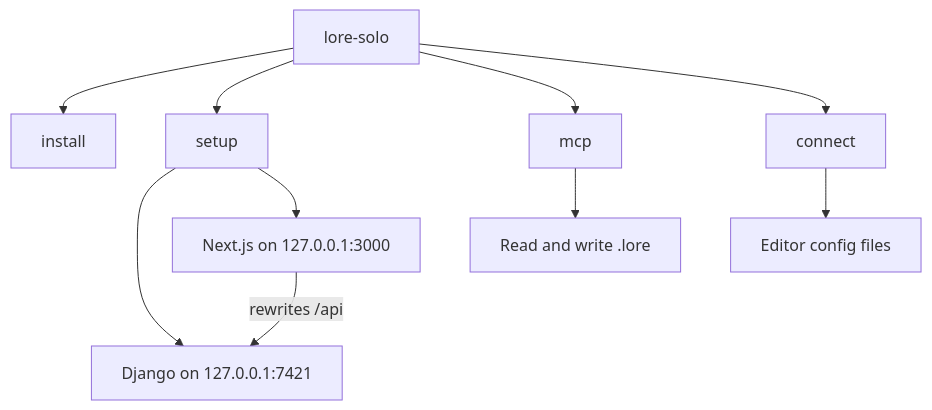
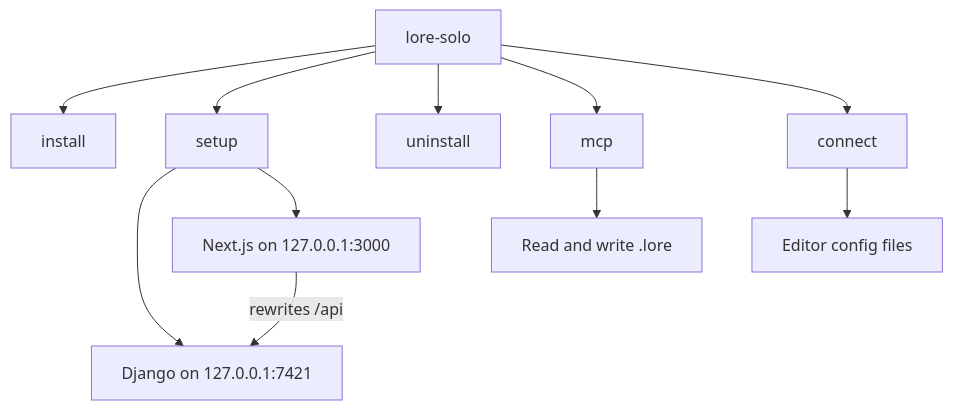
One commit to starrynight-web/LORE changed the second of 6 diagrams in docs/solo/HOW_IT_WORKS.md. Above: the diagram before and after it, drawn with Mermaid. The commit also changed other lines of this file and 8 other files, not shown here.

````diff
--- a/docs/solo/HOW_IT_WORKS.md
+++ b/docs/solo/HOW_IT_WORKS.md
@@ -37,13 +38,14 @@
 ```mermaid
 flowchart TD
   entry["lore-solo"]
   entry --> install["install"]
   entry --> setup["setup"]
+  entry --> uninstall["uninstall"]
   entry --> mcp["mcp"]
   entry --> connect["connect"]
   setup --> django["Django on 127.0.0.1:7421"]
   setup --> next["Next.js on 127.0.0.1:3000"]
   next -->|"rewrites /api"| django
   mcp --> files["Read and write .lore"]
   connect --> editors["Editor config files"]
 ```
````
